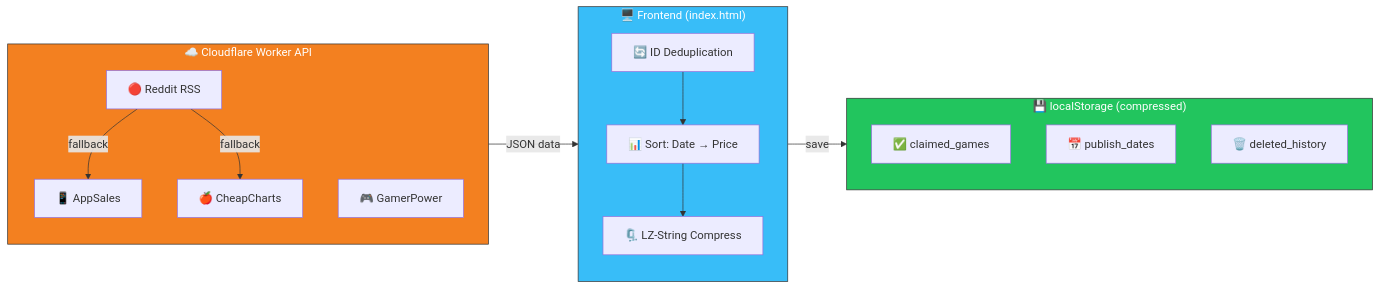
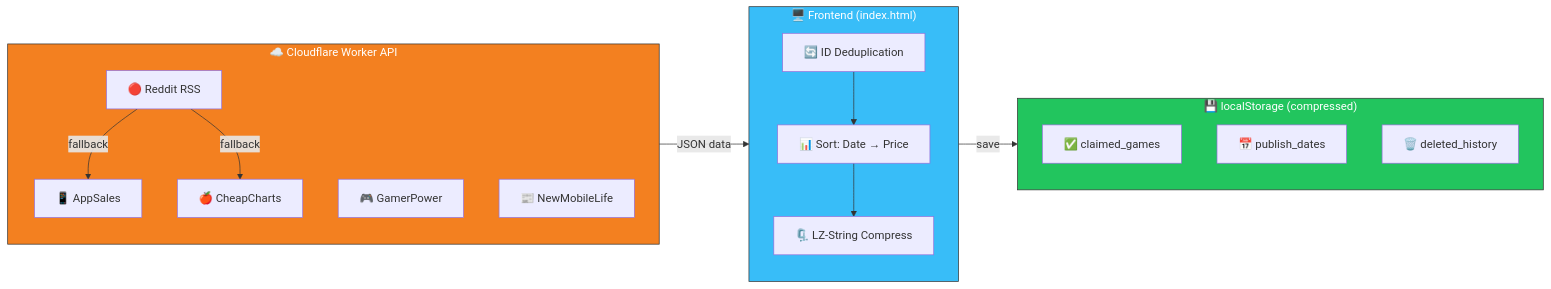
Before and after one commit to yikchun1234/loot-game-radar: the diagram in README.md, drawn with Mermaid. The commit also changed other lines of this file, not shown here.

````diff
--- a/README.md
+++ b/README.md
@@ -172,34 +172,35 @@
 ```mermaid
 flowchart LR
     subgraph Worker["☁️ Cloudflare Worker API"]
         direction TB
         R["🔴 Reddit RSS"]
         A["📱 AppSales"]
         C["🍎 CheapCharts"]
         G["🎮 GamerPower"]
+        N["📰 NewMobileLife"]
         R -->|fallback| A
         R -->|fallback| C
     end
 
     subgraph Frontend["🖥️ Frontend (index.html)"]
         direction TB
         D["🔄 ID Deduplication"]
         S["📊 Sort: Date → Price"]
         L["🗜️ LZ-String Compress"]
         D --> S --> L
     end
 
     subgraph Storage["💾 localStorage (compressed)"]
         direction TB
         CG["✅ claimed_games"]
         PD["📅 publish_dates"]
         DH["🗑️ deleted_history"]
     end
 
     Worker -->|JSON data| Frontend
     Frontend -->|save| Storage
 
     style Worker fill:#f38020,color:#fff,stroke:#333
     style Frontend fill:#38bdf8,color:#fff,stroke:#333
     style Storage fill:#22c55e,color:#fff,stroke:#333
 ```
````
